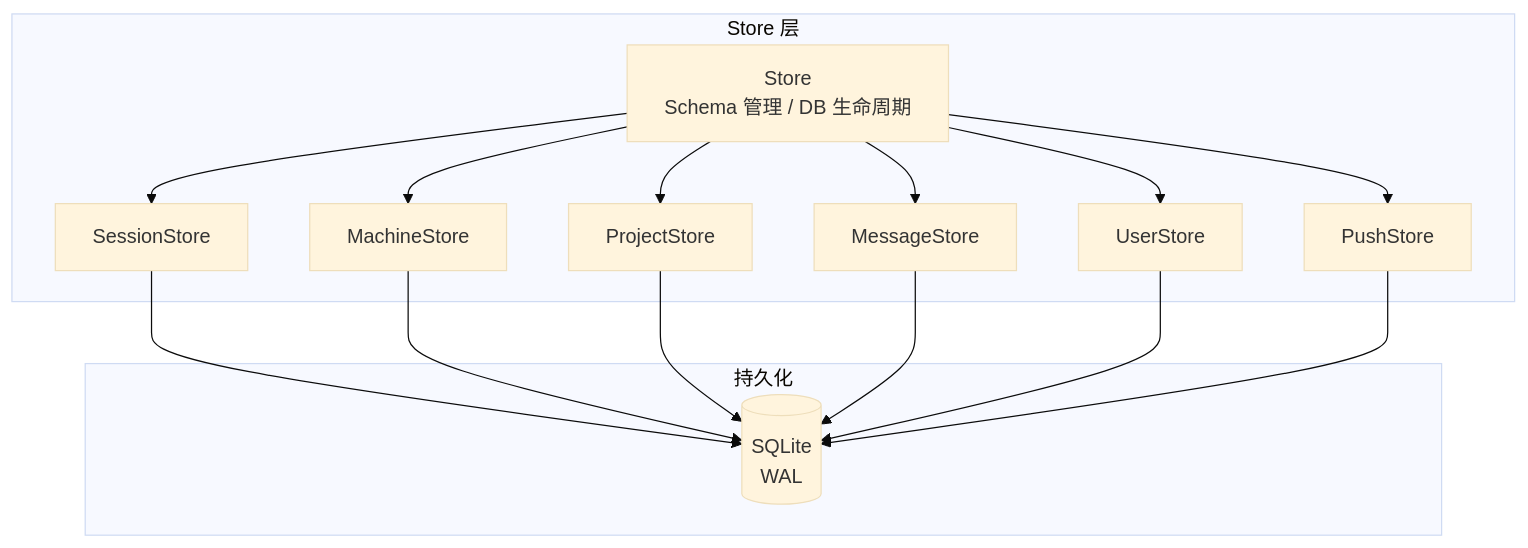
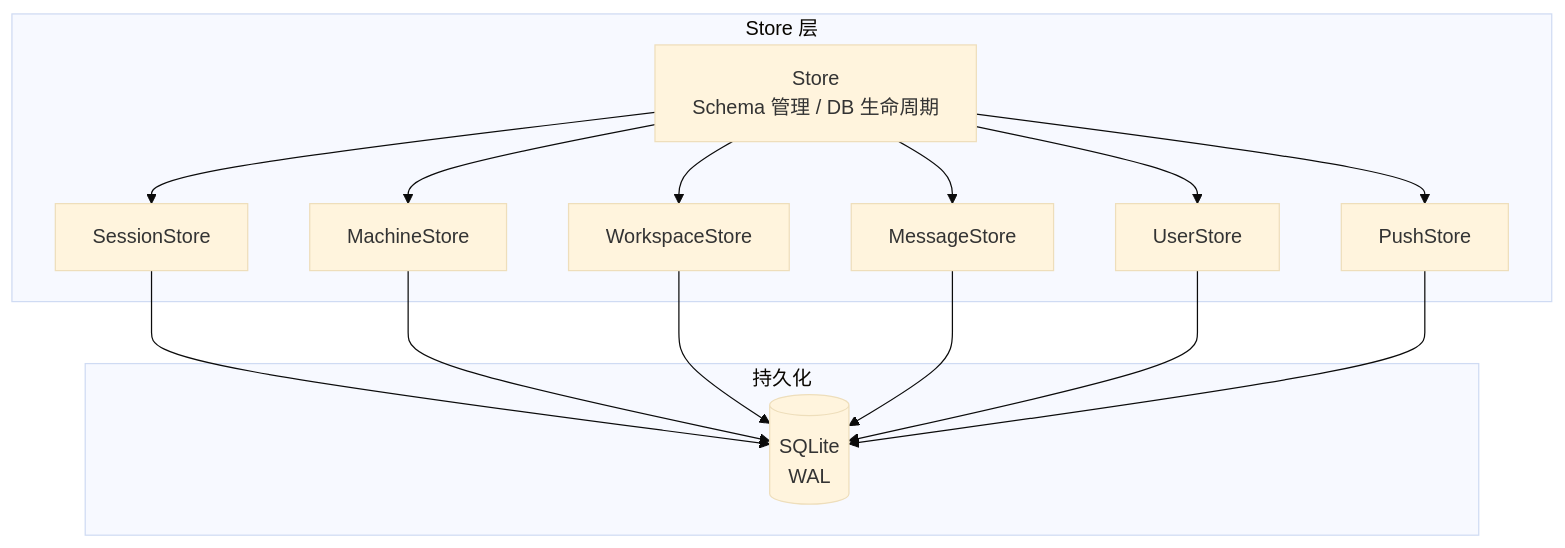
Before and after one commit to ModuBit/mobi: the diagram in docs/architecture/hub/store/README.md, drawn with Mermaid (base theme). The commit also changed other lines of this file and 188 other files, not shown here.

````diff
--- a/docs/architecture/hub/store/README.md
+++ b/docs/architecture/hub/store/README.md
@@ -9,30 +9,30 @@
 ```mermaid
 graph TB
     subgraph Store 层
         Store[Store<br/>Schema 管理 / DB 生命周期]
         SessionStore[SessionStore]
         MachineStore[MachineStore]
-        ProjectStore[ProjectStore]
+        WorkspaceStore[WorkspaceStore]
         MessageStore[MessageStore]
         UserStore[UserStore]
         PushStore[PushStore]
     end
 
     subgraph 持久化
         SQLite[(SQLite<br/>WAL)]
     end
 
     Store --> SessionStore
     Store --> MachineStore
-    Store --> ProjectStore
+    Store --> WorkspaceStore
     Store --> MessageStore
     Store --> UserStore
     Store --> PushStore
 
     SessionStore --> SQLite
     MachineStore --> SQLite
-    ProjectStore --> SQLite
+    WorkspaceStore --> SQLite
     MessageStore --> SQLite
     UserStore --> SQLite
     PushStore --> SQLite
 ```
````
